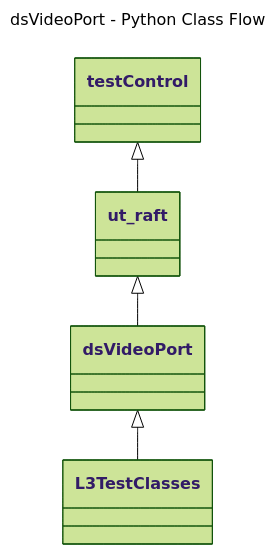
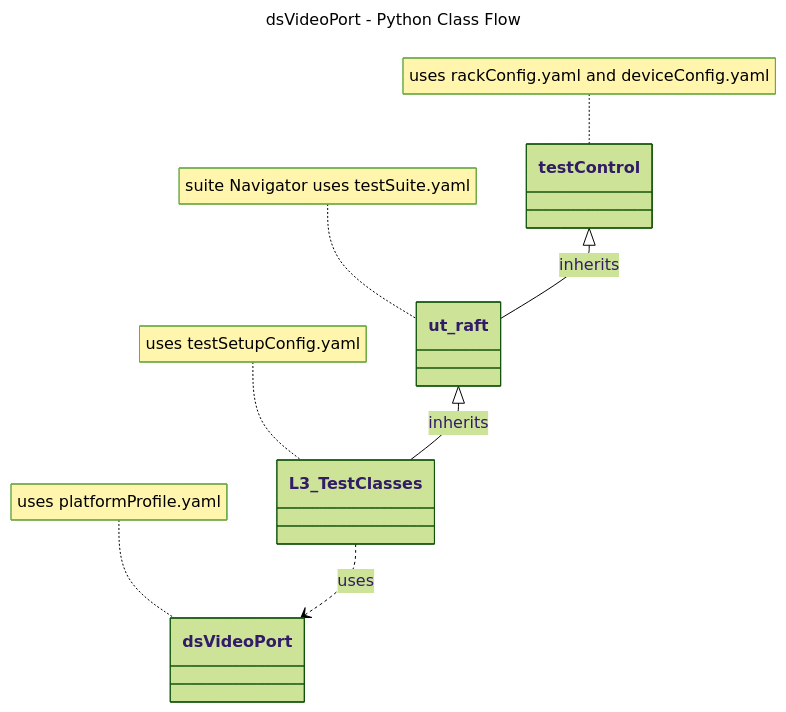
Before and after one commit to rdkcentral/rdk-halif-test-device_settings: the diagram in docs/pages/dsVideoPort/ds-video-port_L3_Low-Level_TestSpecification.md, drawn with Mermaid (forest theme). The commit also changed other lines of this file and 3 other files, not shown here.

````diff
--- a/docs/pages/dsVideoPort/ds-video-port_L3_Low-Level_TestSpecification.md
+++ b/docs/pages/dsVideoPort/ds-video-port_L3_Low-Level_TestSpecification.md
@@ -63,12 +63,15 @@
 ```mermaid
 ---
 title: dsVideoPort - Python Class Flow
 ---
 classDiagram
-    testControl <|-- ut_raft
+    testControl <|-- ut_raft : inherits
     class ut_raft{
     }
-    ut_raft <|-- dsVideoPort
-    dsVideoPort <|-- L3TestClasses
-
+    ut_raft <|-- L3_TestClasses : inherits
+    L3_TestClasses ..> dsVideoPort : uses
+    note for testControl "uses rackConfig.yaml and deviceConfig.yaml"
+    note for dsVideoPort "uses platformProfile.yaml"
+    note for L3_TestClasses "uses testSetupConfig.yaml"
+    note for ut_raft "suite Navigator uses testSuite.yaml"
 ```
````
